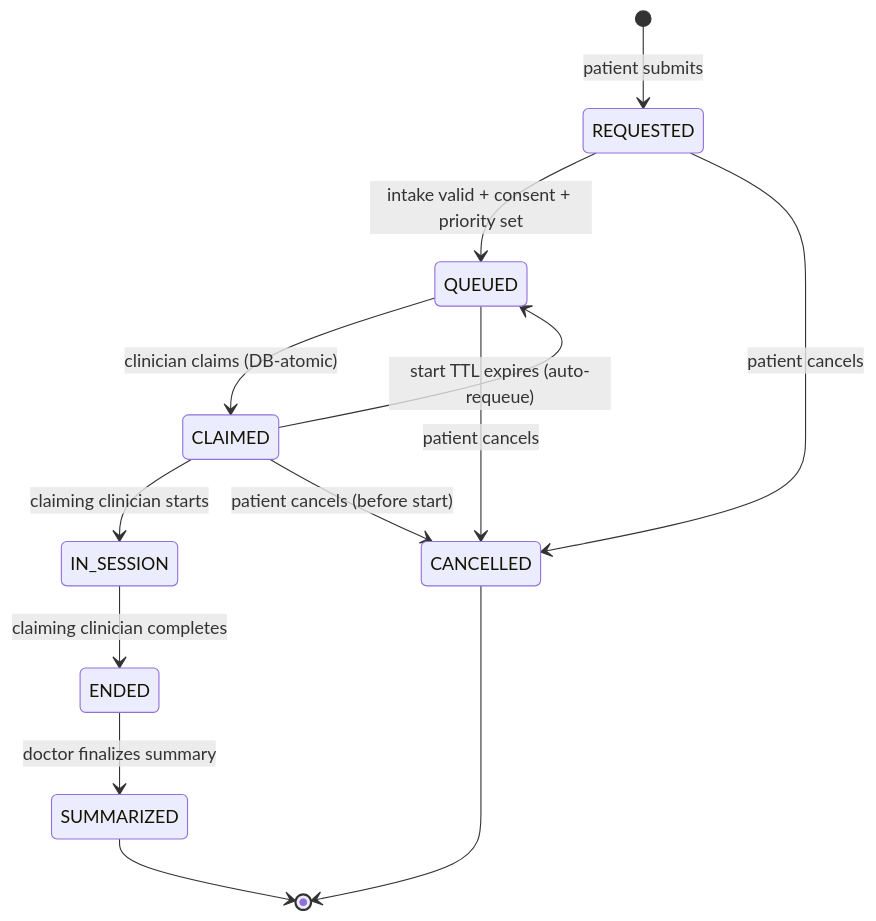
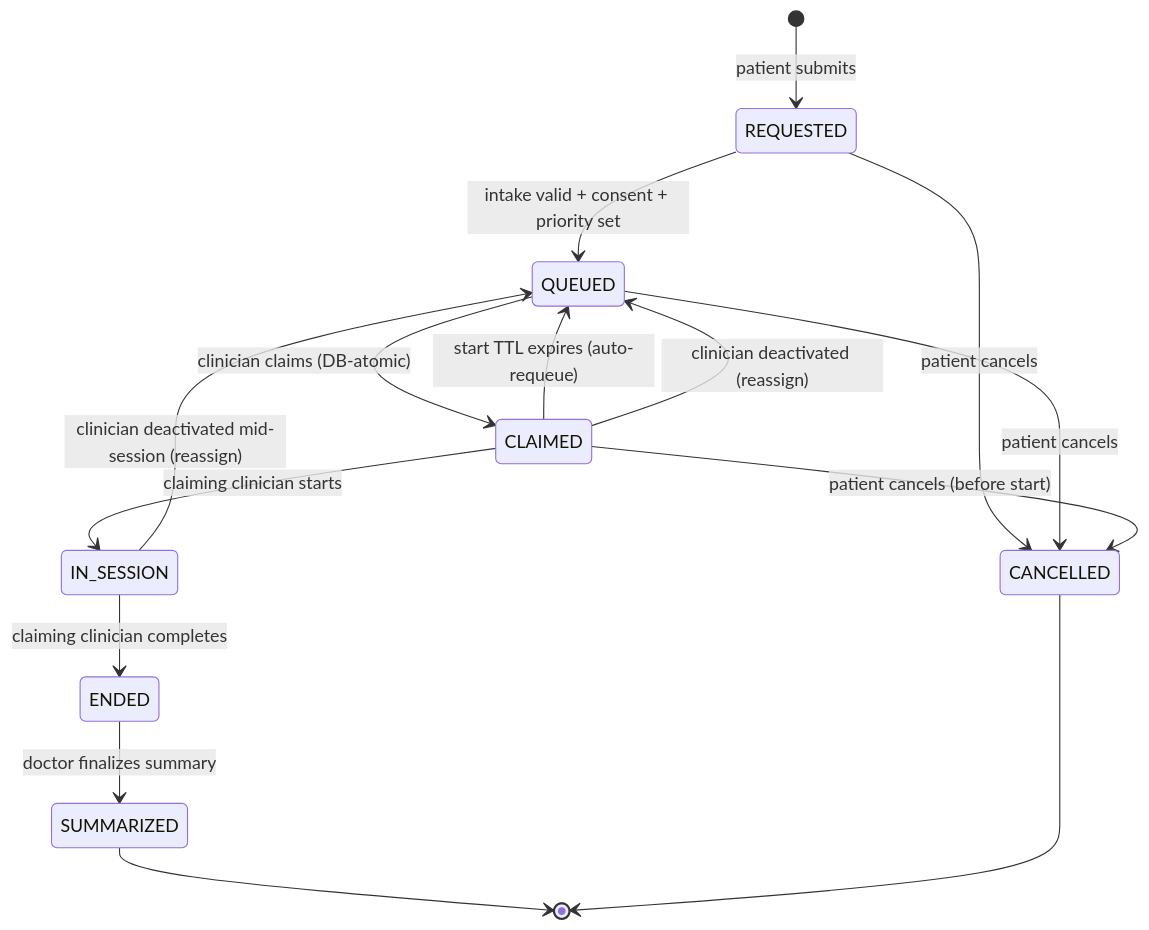
Before and after one commit to akritiupreti/virtual-consultation-platform: the diagram in docs/state-machine.md, drawn with Mermaid. The commit also changed other lines of this file and 54 other files, not shown here.

````diff
--- a/docs/state-machine.md
+++ b/docs/state-machine.md
@@ -21,15 +21,17 @@
 ```mermaid
 stateDiagram-v2
     [*] --> REQUESTED: patient submits
     REQUESTED --> QUEUED: intake valid + consent + priority set
     REQUESTED --> CANCELLED: patient cancels
     QUEUED --> CLAIMED: clinician claims (DB-atomic)
     QUEUED --> CANCELLED: patient cancels
     CLAIMED --> IN_SESSION: claiming clinician starts
     CLAIMED --> QUEUED: start TTL expires (auto-requeue)
+    CLAIMED --> QUEUED: clinician deactivated (reassign)
     CLAIMED --> CANCELLED: patient cancels (before start)
     IN_SESSION --> ENDED: claiming clinician completes
+    IN_SESSION --> QUEUED: clinician deactivated mid-session (reassign)
     ENDED --> SUMMARIZED: doctor finalizes summary
     SUMMARIZED --> [*]
     CANCELLED --> [*]
 ```
````
